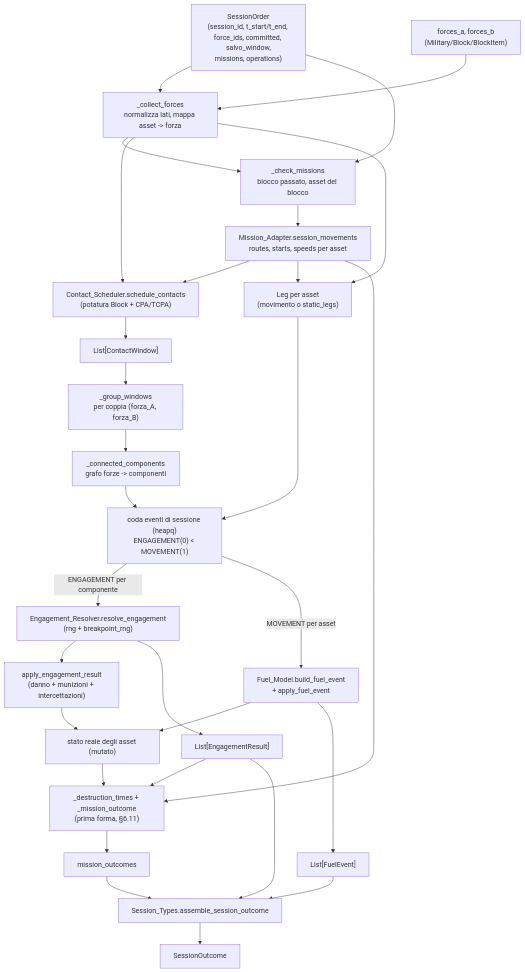
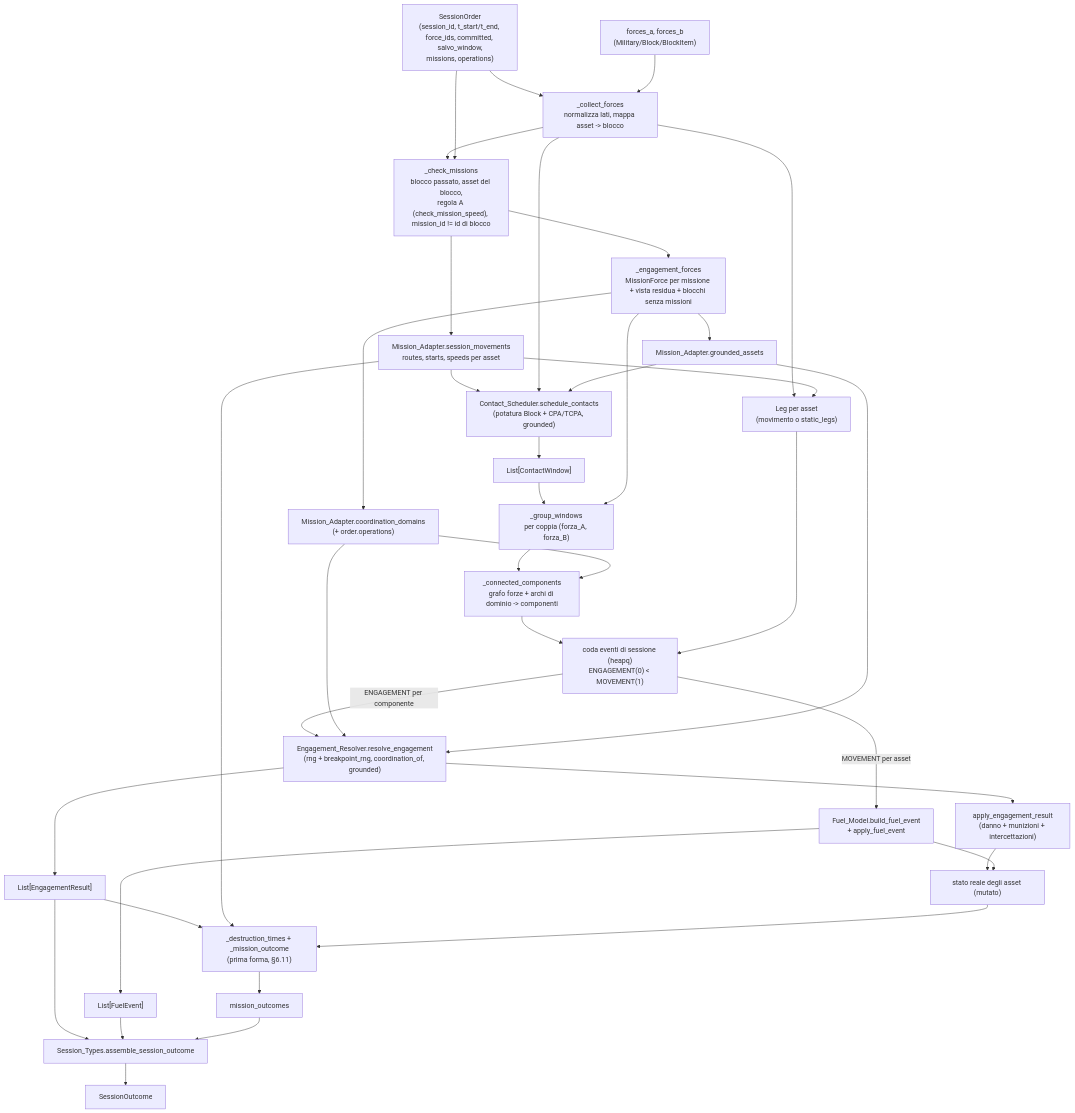
Before and after one commit to MakusIV/Warfare-Model: the first of 9 diagrams in Analysis/Document/Manuale_Motore_DES/07_Orchestratore_Session_Simulator.md, drawn with Mermaid. The commit also changed other lines of this file and 11 other files, not shown here.

````diff
--- a/Analysis/Document/Manuale_Motore_DES/07_Orchestratore_Session_Simulator.md
+++ b/Analysis/Document/Manuale_Motore_DES/07_Orchestratore_Session_Simulator.md
@@ -181,43 +223,51 @@
 ```mermaid
 flowchart TD
     ORD["SessionOrder<br/>(session_id, t_start/t_end, force_ids, committed, salvo_window,<br/>missions, operations)"]
     FORCES["forces_a, forces_b<br/>(Military/Block/BlockItem)"]
 
-    ORD --> COLLECT["_collect_forces<br/>normalizza lati, mappa asset -> forza"]
+    ORD --> COLLECT["_collect_forces<br/>normalizza lati, mappa asset -> blocco"]
     FORCES --> COLLECT
-    COLLECT --> CHECK["_check_missions<br/>blocco passato, asset del blocco"]
+    COLLECT --> CHECK["_check_missions<br/>blocco passato, asset del blocco,<br/>regola A (check_mission_speed), mission_id != id di blocco"]
     ORD --> CHECK
     CHECK --> MA["Mission_Adapter.session_movements<br/>routes, starts, speeds per asset"]
+    CHECK --> EF["_engagement_forces<br/>MissionForce per missione + vista residua + blocchi senza missioni"]
+    EF --> DOM["Mission_Adapter.coordination_domains<br/>(+ order.operations)"]
+    EF --> GRD["Mission_Adapter.grounded_assets"]
 
-    MA --> SCHED["Contact_Scheduler.schedule_contacts<br/>(potatura Block + CPA/TCPA)"]
+    MA --> SCHED["Contact_Scheduler.schedule_contacts<br/>(potatura Block + CPA/TCPA, grounded)"]
     COLLECT --> SCHED
+    GRD --> SCHED
 
     SCHED --> WINDOWS["List[ContactWindow]"]
     WINDOWS --> GROUP["_group_windows<br/>per coppia (forza_A, forza_B)"]
-    GROUP --> COMP["_connected_components<br/>grafo forze -> componenti"]
+    EF --> GROUP
+    GROUP --> COMP["_connected_components<br/>grafo forze + archi di dominio -> componenti"]
+    DOM --> COMP
 
     COMP --> QUEUE["coda eventi di sessione (heapq)<br/>ENGAGEMENT(0) < MOVEMENT(1)"]
     COLLECT --> LEGS["Leg per asset<br/>(movimento o static_legs)"]
     MA --> LEGS
     LEGS --> QUEUE
 
-    QUEUE -->|ENGAGEMENT per componente| ER["Engagement_Resolver.resolve_engagement<br/>(rng + breakpoint_rng)"]
+    QUEUE -->|ENGAGEMENT per componente| ER["Engagement_Resolver.resolve_engagement<br/>(rng + breakpoint_rng, coordination_of, grounded)"]
+    DOM --> ER
+    GRD --> ER
     ER --> APPLY["apply_engagement_result<br/>(danno + munizioni + intercettazioni)"]
     APPLY --> STATE["stato reale degli asset (mutato)"]
 
     QUEUE -->|MOVEMENT per asset| FUEL["Fuel_Model.build_fuel_event<br/>+ apply_fuel_event"]
     FUEL --> STATE
 
     ER --> RESULTS["List[EngagementResult]"]
     FUEL --> FEVENTS["List[FuelEvent]"]
 
     RESULTS --> MOUT["_destruction_times + _mission_outcome<br/>(prima forma, §6.11)"]
     MA --> MOUT
     STATE --> MOUT
     MOUT --> MOS["mission_outcomes"]
 
     RESULTS --> ASSEMBLE["Session_Types.assemble_session_outcome"]
     FEVENTS --> ASSEMBLE
     MOS --> ASSEMBLE
     ASSEMBLE --> OUT["SessionOutcome"]
 ```
````
